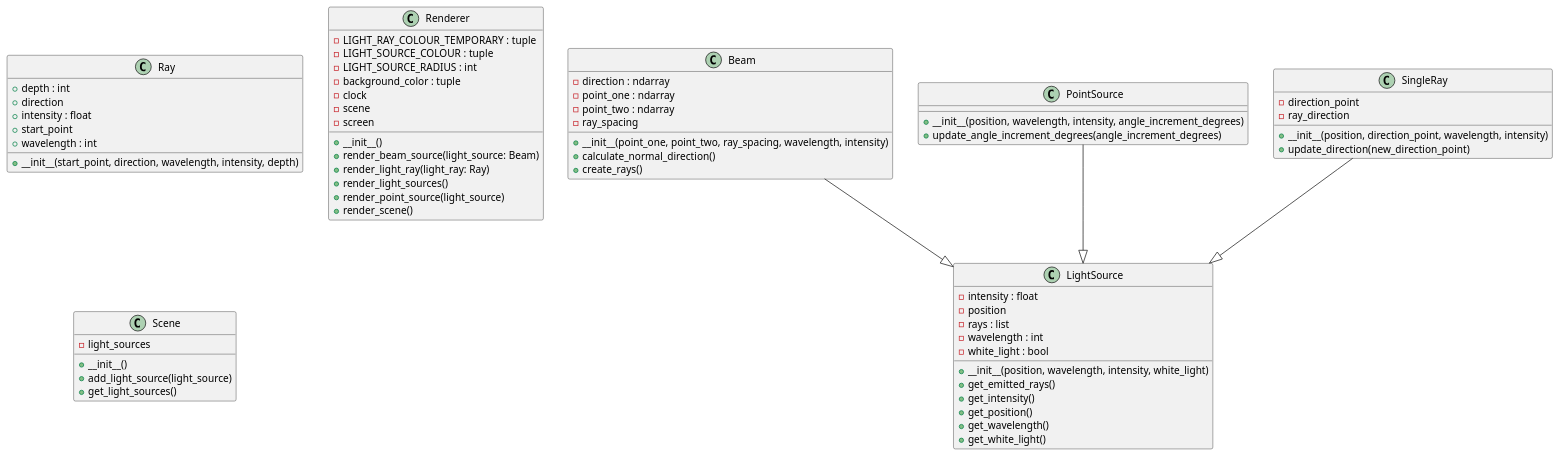
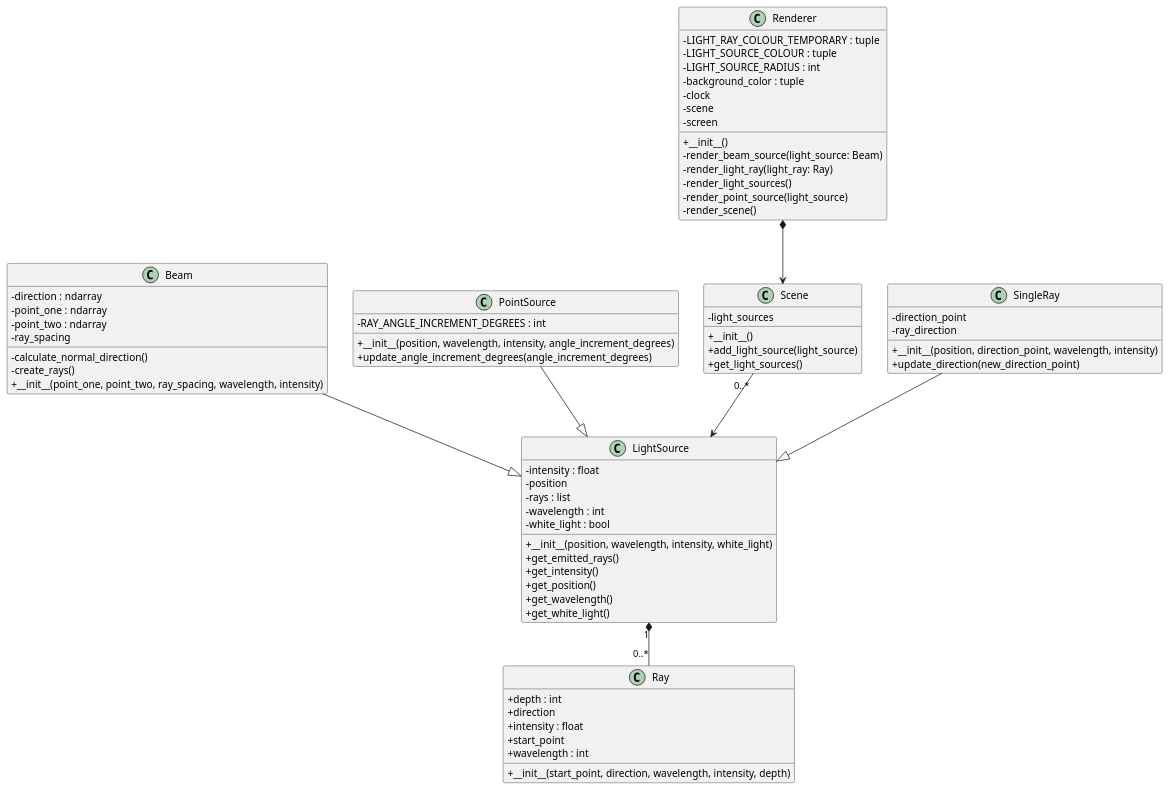
Before and after one commit to shouryaeaga/Computing-NEA-Optics-Simulator: the diagram in uml/classes_Optics.plantuml, drawn with PlantUML. The commit also changed 5 other files, not shown here.

Commit message:
uml diagrams and privatisation of stuff

```diff
--- a/uml/classes_Optics.plantuml
+++ b/uml/classes_Optics.plantuml
@@ -1,67 +1,77 @@
 @startuml classes_Optics
+skinparam classAttributeIconSize 0
 set namespaceSeparator none
 class "Beam" as src.objects.light_sources.Beam.Beam {
   -direction : ndarray
   -point_one : ndarray
   -point_two : ndarray
   -ray_spacing
+  -calculate_normal_direction()
+  -create_rays()
   +__init__(point_one, point_two, ray_spacing, wavelength, intensity)
-  +calculate_normal_direction()
-  +create_rays()
 }
 class "LightSource" as src.objects.light_sources.Base.LightSource {
   -intensity : float
   -position
   -rays : list
   -wavelength : int
   -white_light : bool
   +__init__(position, wavelength, intensity, white_light)
   +get_emitted_rays()
   +get_intensity()
   +get_position()
   +get_wavelength()
   +get_white_light()
 }
 class "PointSource" as src.objects.light_sources.PointSource.PointSource {
+  -RAY_ANGLE_INCREMENT_DEGREES : int
   +__init__(position, wavelength, intensity, angle_increment_degrees)
   +update_angle_increment_degrees(angle_increment_degrees)
 }
 class "Ray" as src.core.ray.Ray {
   +depth : int
   +direction
   +intensity : float
   +start_point
   +wavelength : int
   +__init__(start_point, direction, wavelength, intensity, depth)
 }
 class "Renderer" as src.GUI.renderer.Renderer {
   -LIGHT_RAY_COLOUR_TEMPORARY : tuple
   -LIGHT_SOURCE_COLOUR : tuple
   -LIGHT_SOURCE_RADIUS : int
   -background_color : tuple
   -clock
   -scene
   -screen
   +__init__()
-  +render_beam_source(light_source: Beam)
-  +render_light_ray(light_ray: Ray)
-  +render_light_sources()
-  +render_point_source(light_source)
-  +render_scene()
+  -render_beam_source(light_source: Beam)
+  -render_light_ray(light_ray: Ray)
+  -render_light_sources()
+  -render_point_source(light_source)
+  -render_scene()
 }
 class "Scene" as src.GUI.scene.Scene {
   -light_sources
   +__init__()
   +add_light_source(light_source)
   +get_light_sources()
 }
 class "SingleRay" as src.objects.light_sources.SingleRay.SingleRay {
   -direction_point
   -ray_direction
   +__init__(position, direction_point, wavelength, intensity)
   +update_direction(new_direction_point)
 }
 src.objects.light_sources.Beam.Beam --|> src.objects.light_sources.Base.LightSource
 src.objects.light_sources.PointSource.PointSource --|> src.objects.light_sources.Base.LightSource
 src.objects.light_sources.SingleRay.SingleRay --|> src.objects.light_sources.Base.LightSource
+' Light sources own their Rays
+src.objects.light_sources.Base.LightSource "1" *-- "0..*" src.core.ray.Ray
+
+' Renderer owns the Scene
+src.GUI.renderer.Renderer *--> src.GUI.scene.Scene
+
+' Scene is directed-associated with the light sources
+src.GUI.scene.Scene "0..*" --> src.objects.light_sources.Base.LightSource
 @enduml
```
